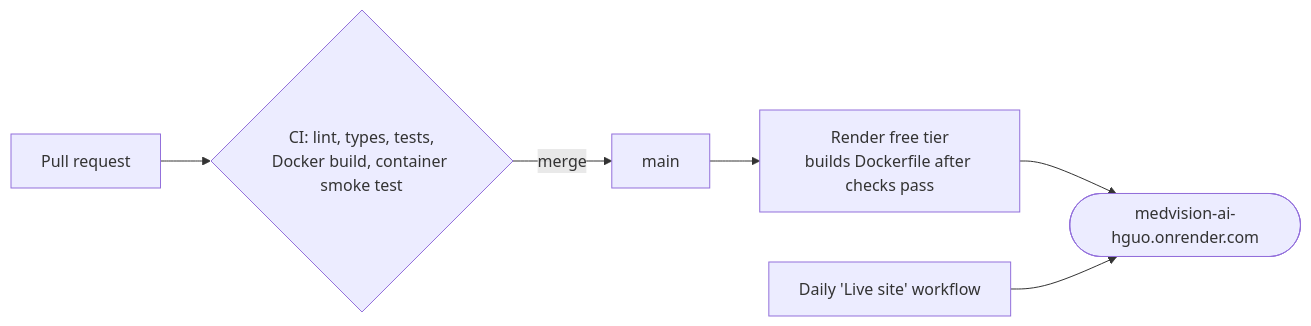
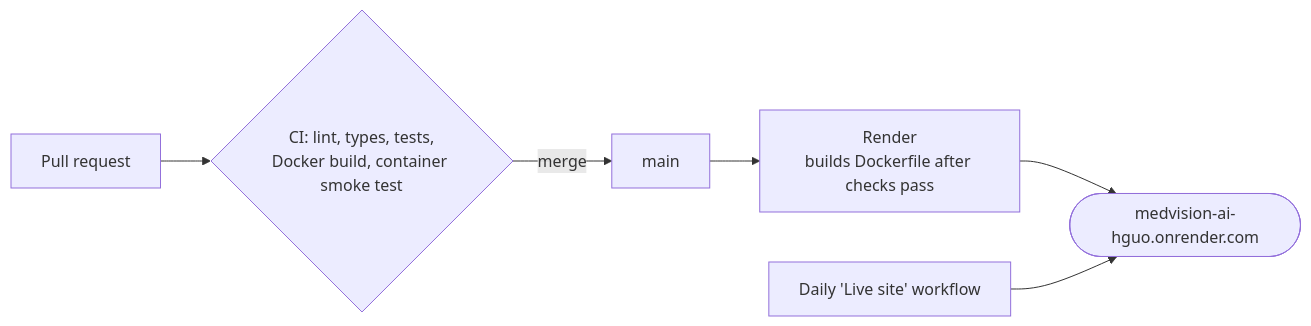
One commit to OmkarJayvantJadhav/MedVisionAI changed the third of 3 diagrams in docs/architecture.md. Above: the diagram before and after it, drawn with Mermaid. The commit also changed other lines of this file and 14 other files, not shown here.

````diff
--- a/docs/architecture.md
+++ b/docs/architecture.md
@@ -190,8 +189,8 @@
 ```mermaid
 flowchart LR
     PR["Pull request"] --> CI{"CI: lint, types, tests,<br/>Docker build, container smoke test"}
     CI -- merge --> MAIN["main"]
-    MAIN --> RENDER["Render free tier<br/>builds Dockerfile after checks pass"]
+    MAIN --> RENDER["Render<br/>builds Dockerfile after checks pass"]
     RENDER --> LIVE(["medvision-ai-hguo.onrender.com"])
     CRON["Daily 'Live site' workflow"] --> LIVE
 ```
````
